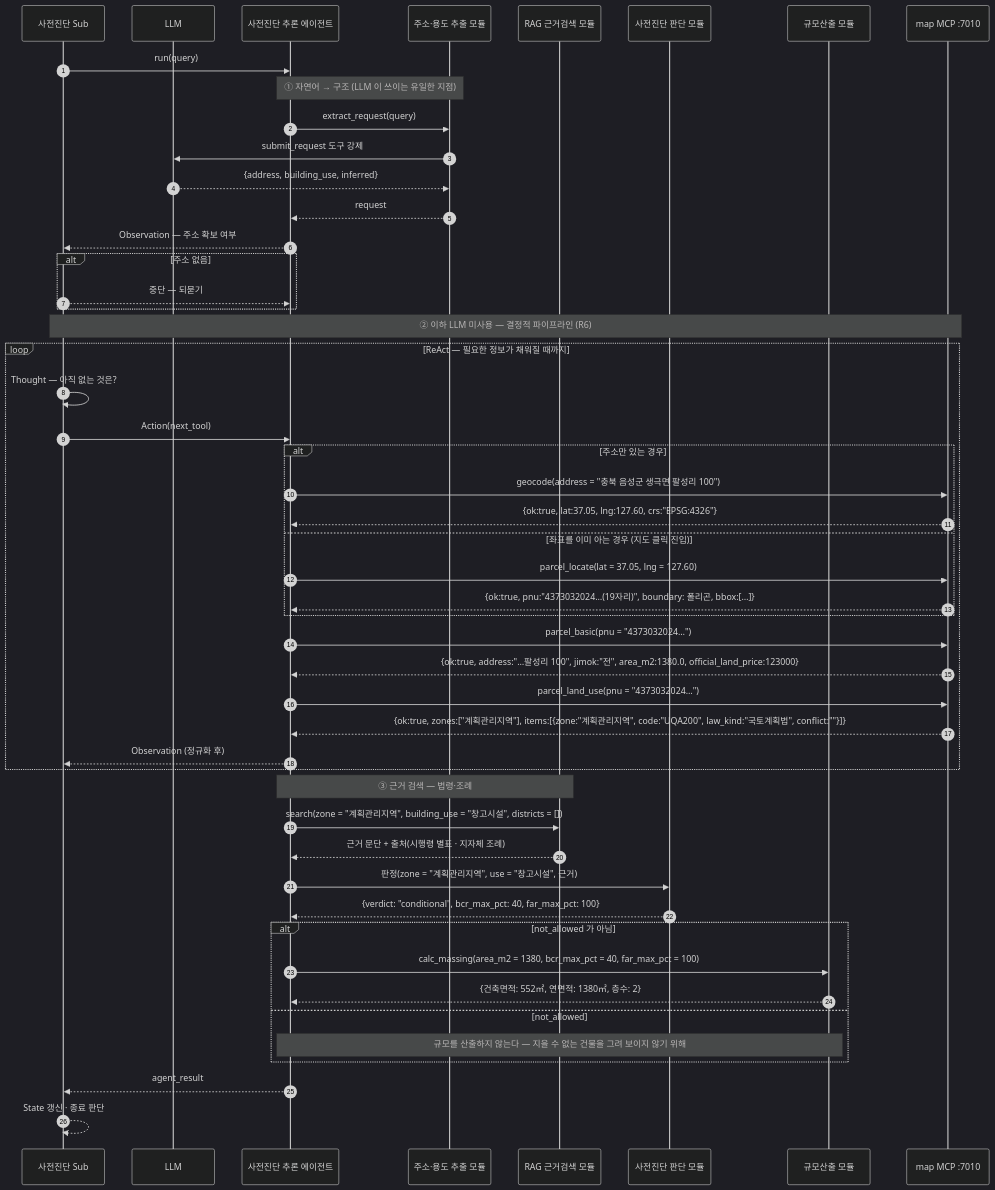
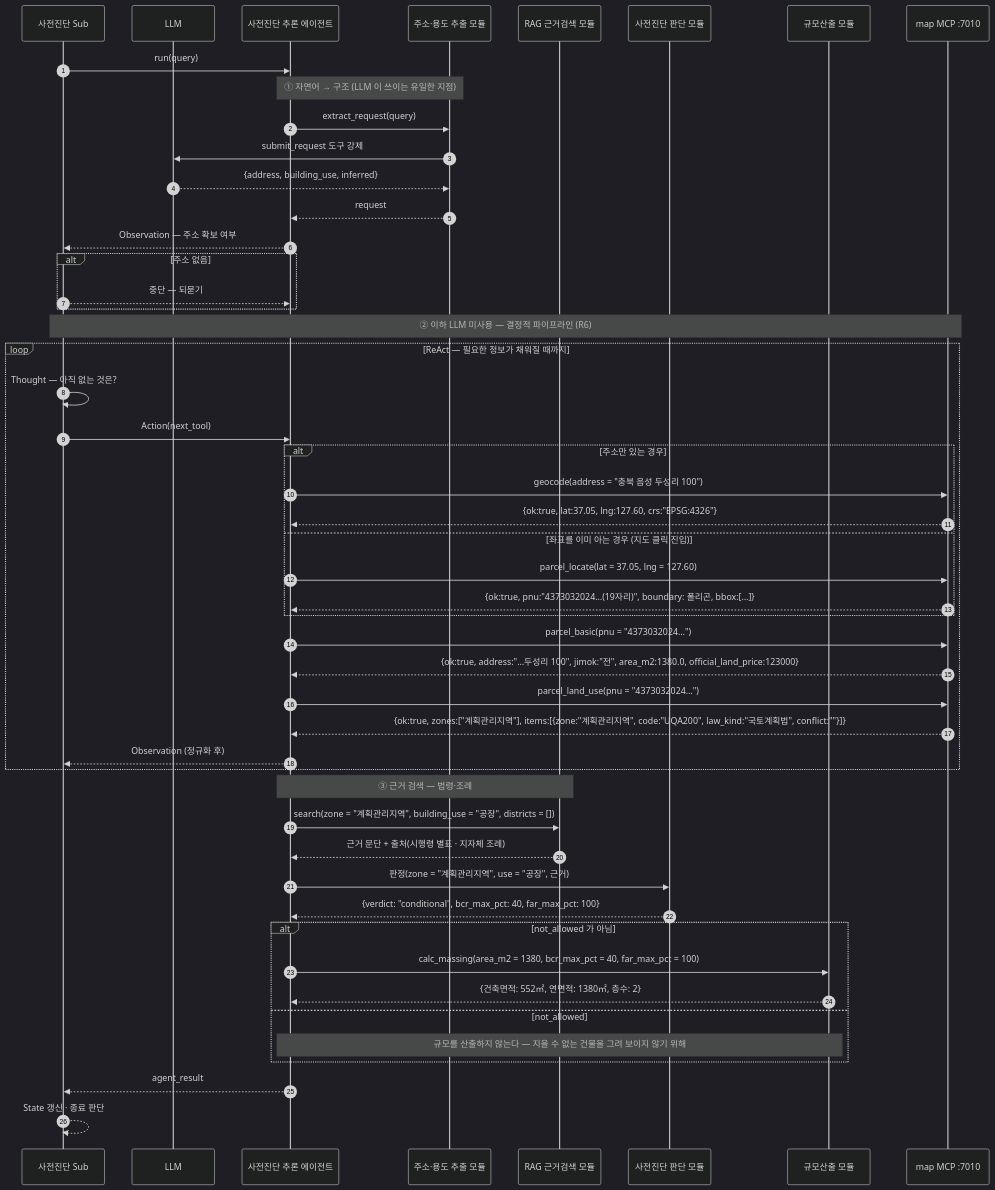
The fifth of 15 diagrams in docs/MCP-AGENT-SEQUENCE.md (madlrengg100/permit-copilot), drawn with Mermaid (dark theme) before and after one commit. The commit also changed other lines of this file, not shown here.

Commit message:
Unify example to 충북 음성 두성리 100 / 공장

````diff
--- a/docs/MCP-AGENT-SEQUENCE.md
+++ b/docs/MCP-AGENT-SEQUENCE.md
@@ -362,64 +362,64 @@
 ```mermaid
 sequenceDiagram
     autonumber
     participant SO as 사전진단 Sub
     participant L as LLM
     participant AG as 사전진단 추론 에이전트
     participant EX as 주소·용도 추출 모듈
     participant RG as RAG 근거검색 모듈
     participant JD as 사전진단 판단 모듈
     participant MS as 규모산출 모듈
     participant MCP as map MCP :7010
 
     SO->>AG: run(query)
 
     Note over AG,EX: ① 자연어 → 구조 (LLM 이 쓰이는 유일한 지점)
     AG->>EX: extract_request(query)
     EX->>L: submit_request 도구 강제
     L-->>EX: {address, building_use, inferred}
     EX-->>AG: request
     AG-->>SO: Observation — 주소 확보 여부
 
     alt 주소 없음
         SO-->>AG: 중단 — 되묻기
     end
 
     Note over SO,MCP: ② 이하 LLM 미사용 — 결정적 파이프라인 (R6)
 
     loop ReAct — 필요한 정보가 채워질 때까지
         SO->>SO: Thought — 아직 없는 것은?
         SO->>AG: Action(next_tool)
 
         alt 주소만 있는 경우
-            AG->>MCP: geocode(address = "충북 음성군 생극면 팔성리 100")
+            AG->>MCP: geocode(address = "충북 음성 두성리 100")
             MCP-->>AG: {ok:true, lat:37.05, lng:127.60, crs:"EPSG:4326"}
         else 좌표를 이미 아는 경우 (지도 클릭 진입)
             AG->>MCP: parcel_locate(lat = 37.05, lng = 127.60)
             MCP-->>AG: {ok:true, pnu:"4373032024…(19자리)", boundary: 폴리곤, bbox:[…]}
         end
 
         AG->>MCP: parcel_basic(pnu = "4373032024…")
-        MCP-->>AG: {ok:true, address:"…팔성리 100", jimok:"전", area_m2:1380.0, official_land_price:123000}
+        MCP-->>AG: {ok:true, address:"…두성리 100", jimok:"전", area_m2:1380.0, official_land_price:123000}
         AG->>MCP: parcel_land_use(pnu = "4373032024…")
         MCP-->>AG: {ok:true, zones:["계획관리지역"], items:[{zone:"계획관리지역", code:"UQA200", law_kind:"국토계획법", conflict:""}]}
 
         AG-->>SO: Observation (정규화 후)
     end
 
     Note over AG,RG: ③ 근거 검색 — 법령·조례
-    AG->>RG: search(zone = "계획관리지역", building_use = "창고시설", districts = [])
+    AG->>RG: search(zone = "계획관리지역", building_use = "공장", districts = [])
     RG-->>AG: 근거 문단 + 출처(시행령 별표 · 지자체 조례)
 
-    AG->>JD: 판정(zone = "계획관리지역", use = "창고시설", 근거)
+    AG->>JD: 판정(zone = "계획관리지역", use = "공장", 근거)
     JD-->>AG: {verdict: "conditional", bcr_max_pct: 40, far_max_pct: 100}
 
     alt not_allowed 가 아님
         AG->>MS: calc_massing(area_m2 = 1380, bcr_max_pct = 40, far_max_pct = 100)
         MS-->>AG: {건축면적: 552㎡, 연면적: 1380㎡, 층수: 2}
     else not_allowed
         Note over AG,MS: 규모를 산출하지 않는다 — 지을 수 없는 건물을 그려 보이지 않기 위해
     end
 
     AG-->>SO: agent_result
     SO-->>SO: State 갱신 · 종료 판단
 ```
````
